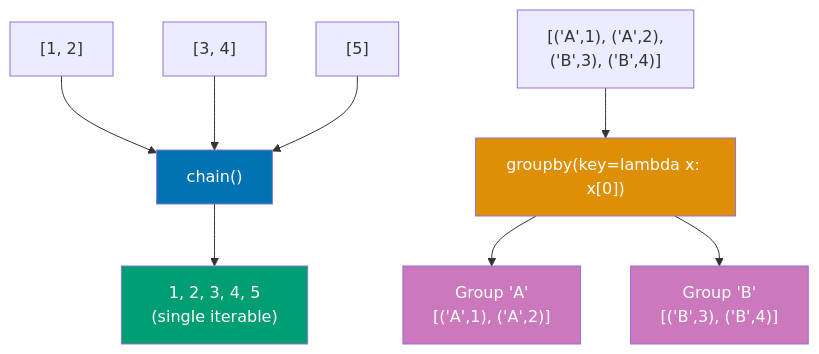
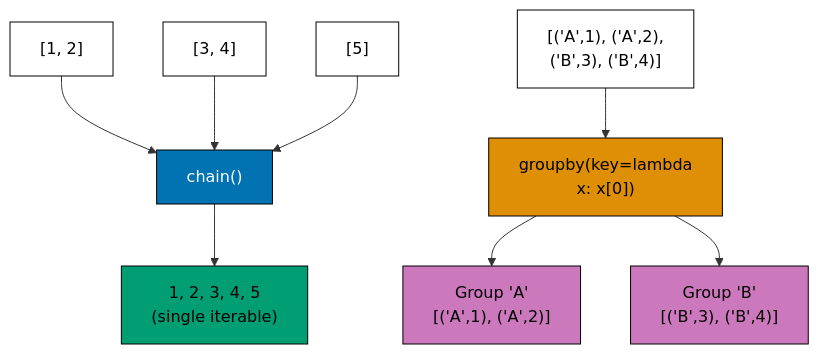
The ninth of 10 diagrams in apps/ayokoding-www/content/en/learn/legacy/software-engineering/programming-languages/python/by-example/intermediate.md (wahidyankf/ose-public), drawn with Mermaid before and after one commit. The commit also changed other lines of this file and 112 other files, not shown here.

First line of the commit message:
fix(mermaid): bring the legacy programming-languages diagrams onto the accessible palette

````diff
--- a/apps/ayokoding-www/content/en/learn/legacy/software-engineering/programming-languages/python/by-example/intermediate.md
+++ b/apps/ayokoding-www/content/en/learn/legacy/software-engineering/programming-languages/python/by-example/intermediate.md
@@ -961,18 +1011,25 @@
 ```mermaid
 %% Itertools chain and groupby
 graph TD
+    accTitle: Example 46: itertools - Powerful Iteration
+    accDescr: Graph with 9 nodes and 7 connections. Nodes: [1, 2], chain(), [3, 4], [5], 1, 2, 3, 4, 5 (single iterable), [(A,1), (A,2), (B,3), (B,4)], groupby(key=lambda x: x[0]), Group A [(A,1), (A,2)], Group B [(B,3), (B,4)]. Connections: [1, 2] to chain(), [3, 4] to chain(), [5] to chain(), chain() to 1, 2, 3, 4, 5 (single iterable), [(A,1), (A,2), (B,3), (B,4)] to groupby(key=lambda x: x[0]), groupby(key=lambda x: x[0]) to Group A [(A,1), (A,2)], groupby(key=lambda x: x[0]) to Group B [(B,3), (B,4)].
     A["[1, 2]"] --> Chain
     B["[3, 4]"] --> Chain
     C["[5]"] --> Chain["chain()"]
     Chain --> D["1, 2, 3, 4, 5<br/>(single iterable)"]
 
-    E["[('A',1), ('A',2),<br/>('B',3), ('B',4)]"] --> GroupBy["groupby(key=lambda x: x[0])"]
+    E["[('A',1), ('A',2),<br/>('B',3), ('B',4)]"] --> GroupBy["groupby(key=lambda<br/>x: x[0])"]
     GroupBy --> F["Group 'A'<br/>[('A',1), ('A',2)]"]
     GroupBy --> G["Group 'B'<br/>[('B',3), ('B',4)]"]
 
-    style Chain fill:#0173B2,color:#fff
-    style D fill:#029E73,color:#fff
-    style GroupBy fill:#DE8F05,color:#fff
-    style F fill:#CC78BC,color:#fff
-    style G fill:#CC78BC,color:#fff
+    classDef pal-0173B2 fill:#0173B2,stroke:#000000,color:#FFFFFF
+    class Chain pal-0173B2
+    classDef pal-029E73 fill:#029E73,stroke:#000000,color:#000000
+    class D pal-029E73
+    classDef pal-DE8F05 fill:#DE8F05,stroke:#000000,color:#000000
+    class GroupBy pal-DE8F05
+    classDef pal-CC78BC fill:#CC78BC,stroke:#000000,color:#000000
+    class F pal-CC78BC
+    class G pal-CC78BC
+    classDef default fill:#FFFFFF,stroke:#000000,color:#000000
 ```
````
